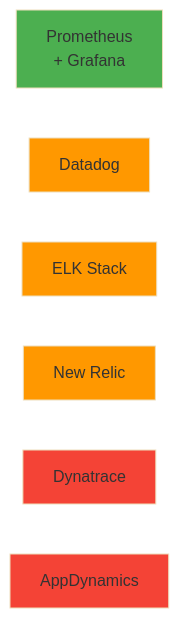
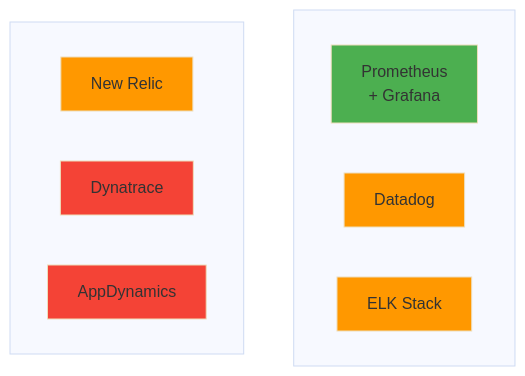
The seventh of 10 diagrams in theory/week_04/day1/challenge_2.md (niceguy61/kdt_devops_lecture_2025), drawn with Mermaid (base theme) before and after one commit. The commit also changed other lines of this file, not shown here.

````diff
--- a/theory/week_04/day1/challenge_2.md
+++ b/theory/week_04/day1/challenge_2.md
@@ -305,16 +307,21 @@
 ```mermaid
-graph LR
-    A[Prometheus<br/>+ Grafana]
-    B[Datadog]
-    C[ELK Stack]
-    D[New Relic]
-    E[Dynatrace]
-    F[AppDynamics]
+graph TB
+    subgraph col1[" "]
+        A[Prometheus<br/>+ Grafana]
+        B[Datadog]
+        C[ELK Stack]
+    end
+    
+    subgraph col2[" "]
+        D[New Relic]
+        E[Dynatrace]
+        F[AppDynamics]
+    end
     
     style A fill:#4caf50
     style B fill:#ff9800
     style C fill:#ff9800
     style D fill:#ff9800
     style E fill:#f44336
     style F fill:#f44336
 ```
````
